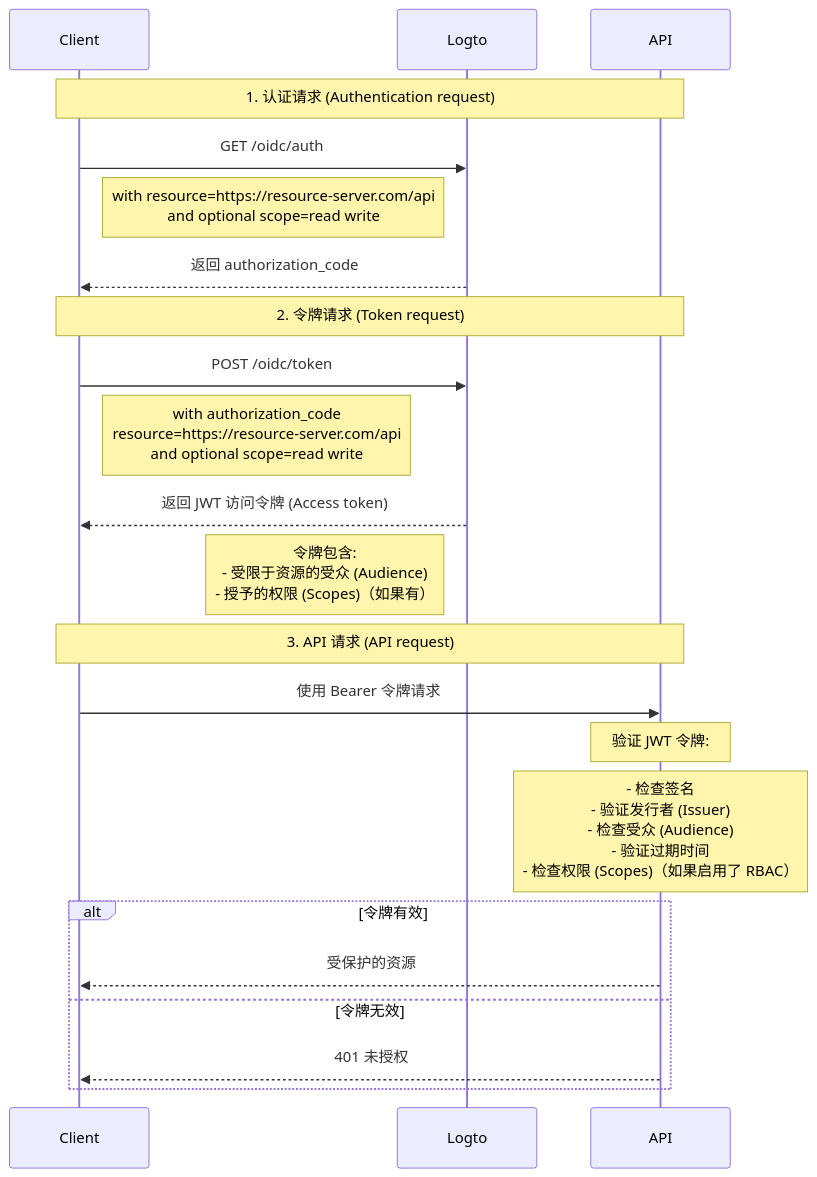
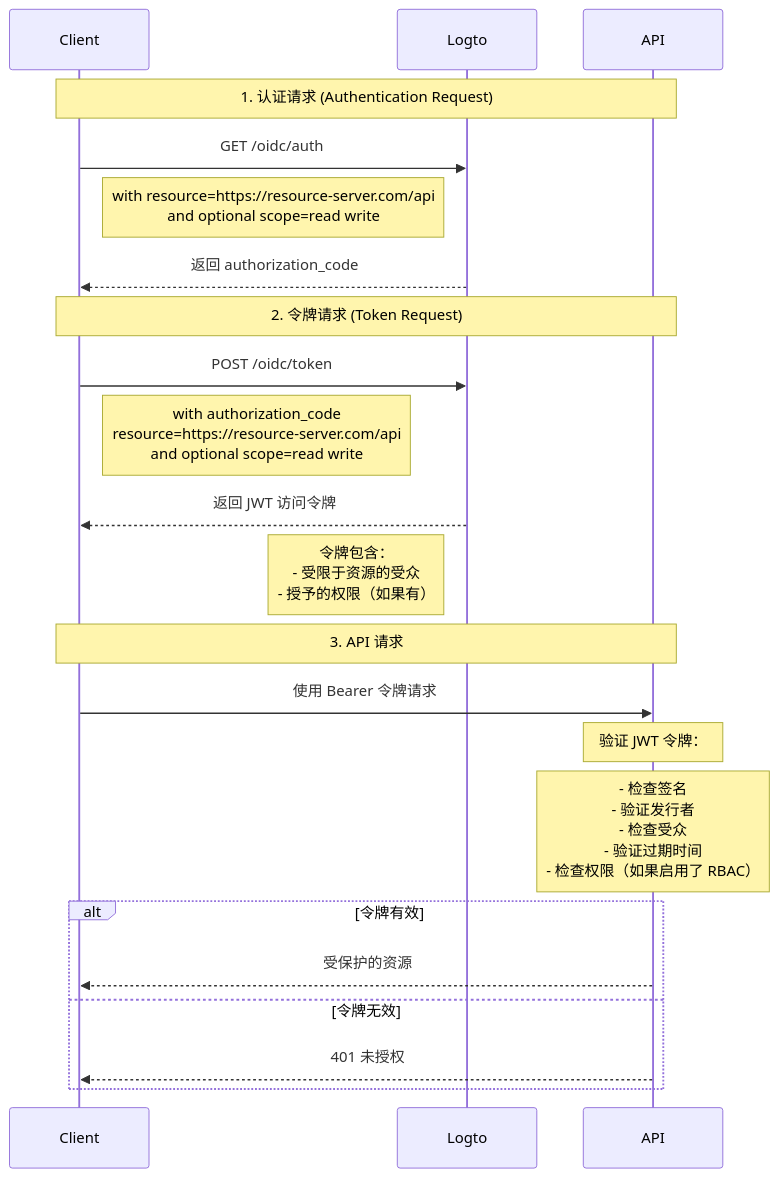
One commit to logto-io/docs changed the diagram in i18n/zh-CN/docusaurus-plugin-content-docs/current/authorization/api-resources/protect-your-api.mdx. Above: the diagram before and after it, drawn with Mermaid. The commit also changed other lines of this file and 428 other files, not shown here.

````diff
--- a/i18n/zh-CN/docusaurus-plugin-content-docs/current/authorization/api-resources/protect-your-api.mdx
+++ b/i18n/zh-CN/docusaurus-plugin-content-docs/current/authorization/api-resources/protect-your-api.mdx
@@ -9,27 +9,27 @@
 ```mermaid
 sequenceDiagram
     participant Client
     participant Logto
     participant API
 
-    Note over Client,API: 1. 认证请求 (Authentication request)
+    Note over Client,API: 1. 认证请求 (Authentication Request)
     Client->>Logto: GET /oidc/auth
     Note right of Client: with resource=https://resource-server.com/api<br/>and optional scope=read write
     Logto-->>Client: 返回 authorization_code
 
-    Note over Client,API: 2. 令牌请求 (Token request)
+    Note over Client,API: 2. 令牌请求 (Token Request)
     Client->>Logto: POST /oidc/token
     Note right of Client: with authorization_code<br/>resource=https://resource-server.com/api<br/>and optional scope=read write
-    Logto-->>Client: 返回 JWT 访问令牌 (Access token)
-    Note left of Logto: 令牌包含:<br/>- 受限于资源的受众 (Audience)<br/>- 授予的权限 (Scopes)（如果有）
+    Logto-->>Client: 返回 JWT 访问令牌
+    Note left of Logto: 令牌包含：<br/>- 受限于资源的受众<br/>- 授予的权限（如果有）
 
-    Note over Client,API: 3. API 请求 (API request)
+    Note over Client,API: 3. API 请求
     Client->>API: 使用 Bearer 令牌请求
-    Note over API: 验证 JWT 令牌:
-    Note over API: - 检查签名<br/>- 验证发行者 (Issuer)<br/>- 检查受众 (Audience)<br/>- 验证过期时间<br/>- 检查权限 (Scopes)（如果启用了 RBAC）
+    Note over API: 验证 JWT 令牌：
+    Note over API: - 检查签名<br/>- 验证发行者<br/>- 检查受众<br/>- 验证过期时间<br/>- 检查权限（如果启用了 RBAC）
     alt 令牌有效
         API-->>Client: 受保护的资源
     else 令牌无效
         API-->>Client: 401 未授权
     end
 ```
````
